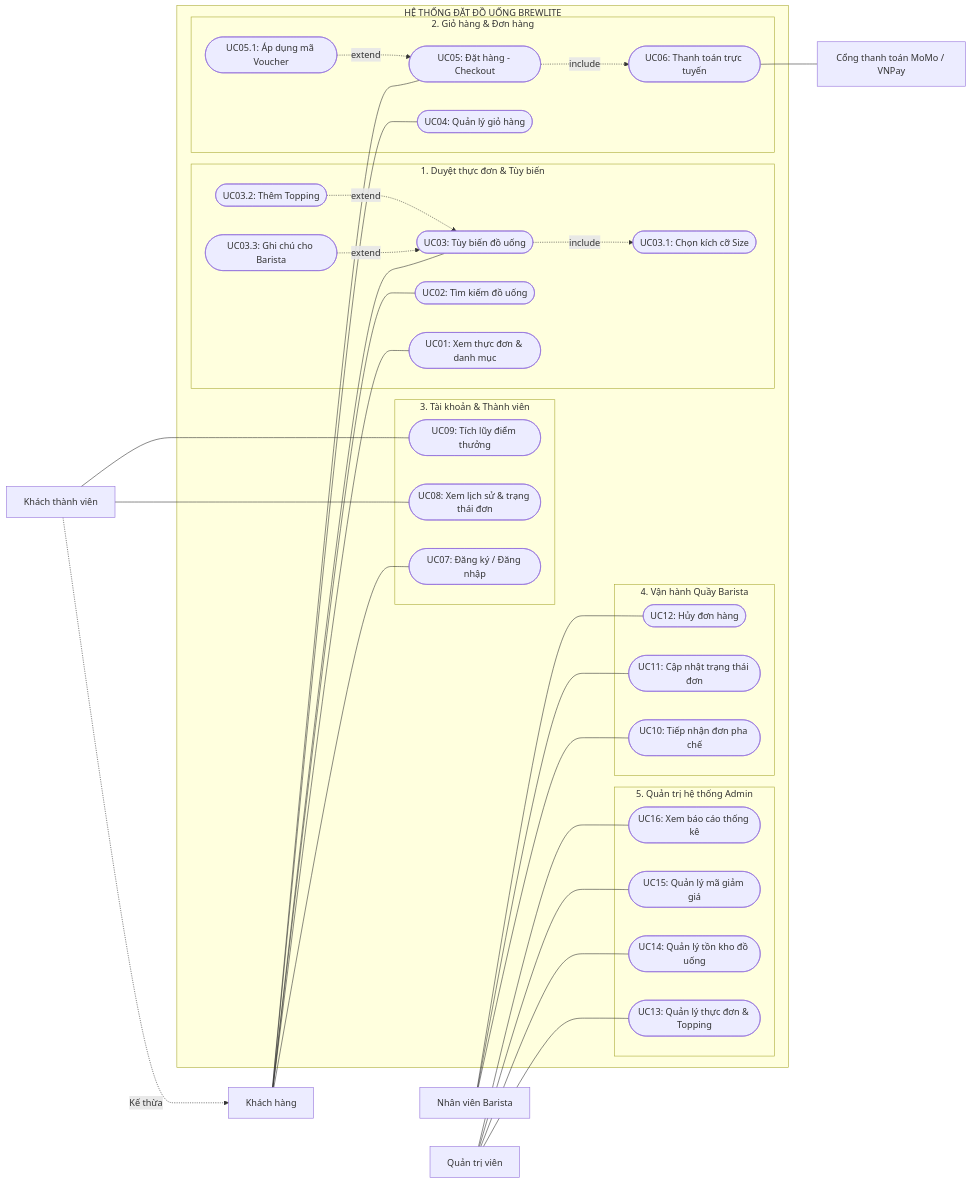
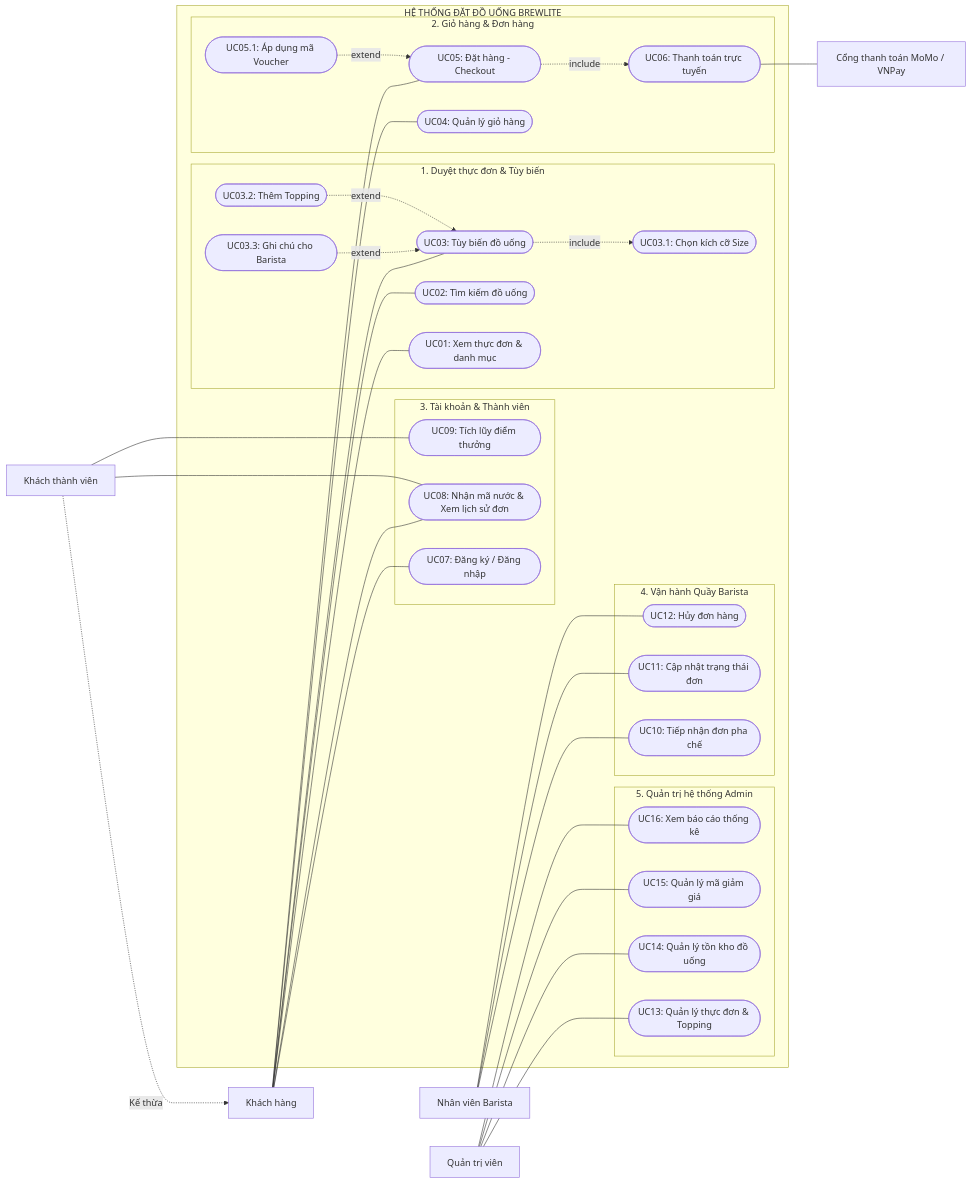
One commit to nphat-code/swe-project changed the diagram in docs/diagrams/use-case/use-case-system.mmd. Above: the diagram before and after it, drawn with Mermaid. The commit also changed 6 other files, not shown here.

Commit message:
docs(use-case): unify UC06 and UC08 naming across all diagrams and specifications

```diff
--- a/docs/diagrams/use-case/use-case-system.mmd
+++ b/docs/diagrams/use-case/use-case-system.mmd
@@ -1,72 +1,73 @@
 flowchart LR
     Customer[Khách hàng]
     Member[Khách thành viên]
     Barista[Nhân viên Barista]
     Admin[Quản trị viên]
     PaymentGW[Cổng thanh toán MoMo / VNPay]
 
     Member -.->|Kế thừa| Customer
 
     subgraph SystemBoundary [HỆ THỐNG ĐẶT ĐỒ UỐNG BREWLITE]
         subgraph P1 [1. Duyệt thực đơn & Tùy biến]
             UC01([UC01: Xem thực đơn & danh mục])
             UC02([UC02: Tìm kiếm đồ uống])
             UC03([UC03: Tùy biến đồ uống])
             UC03_1([UC03.1: Chọn kích cỡ Size])
             UC03_2([UC03.2: Thêm Topping])
             UC03_3([UC03.3: Ghi chú cho Barista])
         end
 
         subgraph P2 [2. Giỏ hàng & Đơn hàng]
             UC04([UC04: Quản lý giỏ hàng])
             UC05([UC05: Đặt hàng - Checkout])
             UC05_1([UC05.1: Áp dụng mã Voucher])
             UC06([UC06: Thanh toán trực tuyến])
         end
 
         subgraph P3 [3. Tài khoản & Thành viên]
             UC07([UC07: Đăng ký / Đăng nhập])
-            UC08([UC08: Xem lịch sử & trạng thái đơn])
+            UC08([UC08: Nhận mã nước & Xem lịch sử đơn])
             UC09([UC09: Tích lũy điểm thưởng])
         end
 
         subgraph P4 [4. Vận hành Quầy Barista]
             UC10([UC10: Tiếp nhận đơn pha chế])
             UC11([UC11: Cập nhật trạng thái đơn])
             UC12([UC12: Hủy đơn hàng])
         end
 
         subgraph P5 [5. Quản trị hệ thống Admin]
             UC13([UC13: Quản lý thực đơn & Topping])
             UC14([UC14: Quản lý tồn kho đồ uống])
             UC15([UC15: Quản lý mã giảm giá])
             UC16([UC16: Xem báo cáo thống kê])
         end
     end
 
     Customer --- UC01
     Customer --- UC02
     Customer --- UC03
     Customer --- UC04
     Customer --- UC05
     Customer --- UC07
+    Customer --- UC08
 
     Member --- UC08
     Member --- UC09
 
     UC03 -.->|include| UC03_1
     UC03_2 -.->|extend| UC03
     UC03_3 -.->|extend| UC03
 
     UC05 -.->|include| UC06
     UC05_1 -.->|extend| UC05
     UC06 --- PaymentGW
 
     Barista --- UC10
     Barista --- UC11
     Barista --- UC12
 
     Admin --- UC13
     Admin --- UC14
     Admin --- UC15
     Admin --- UC16
```
